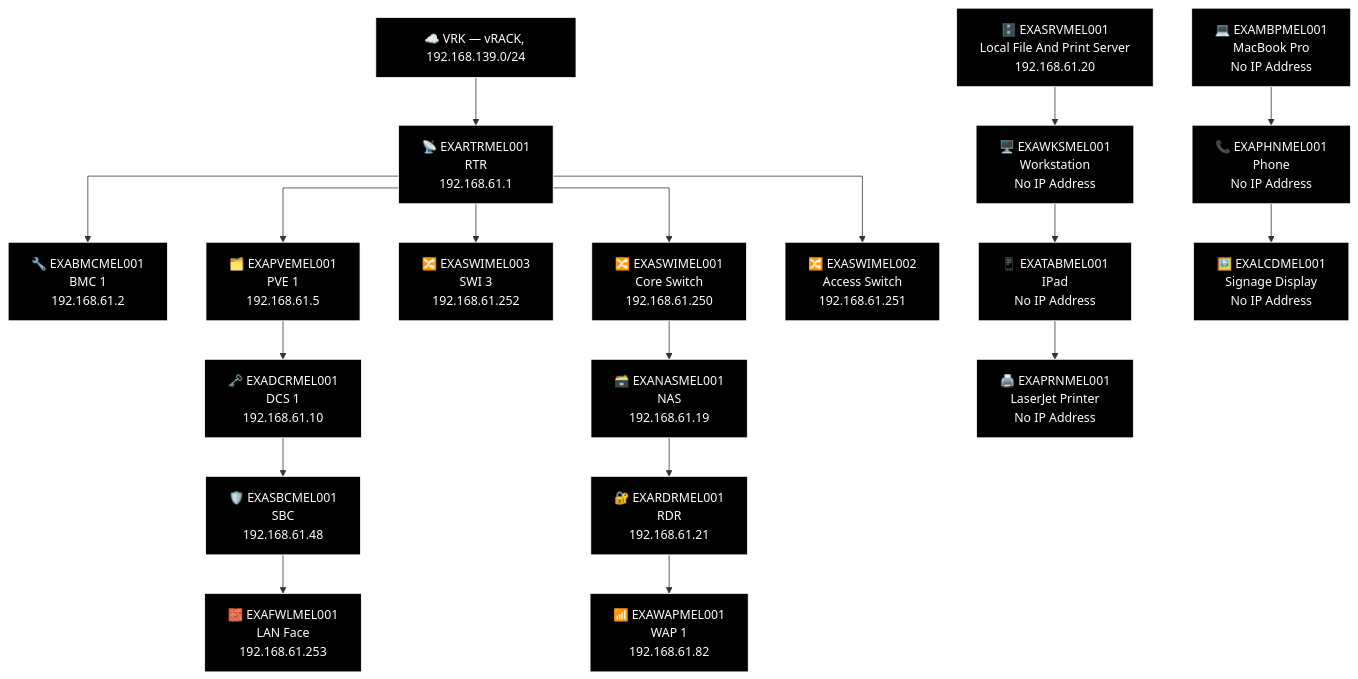
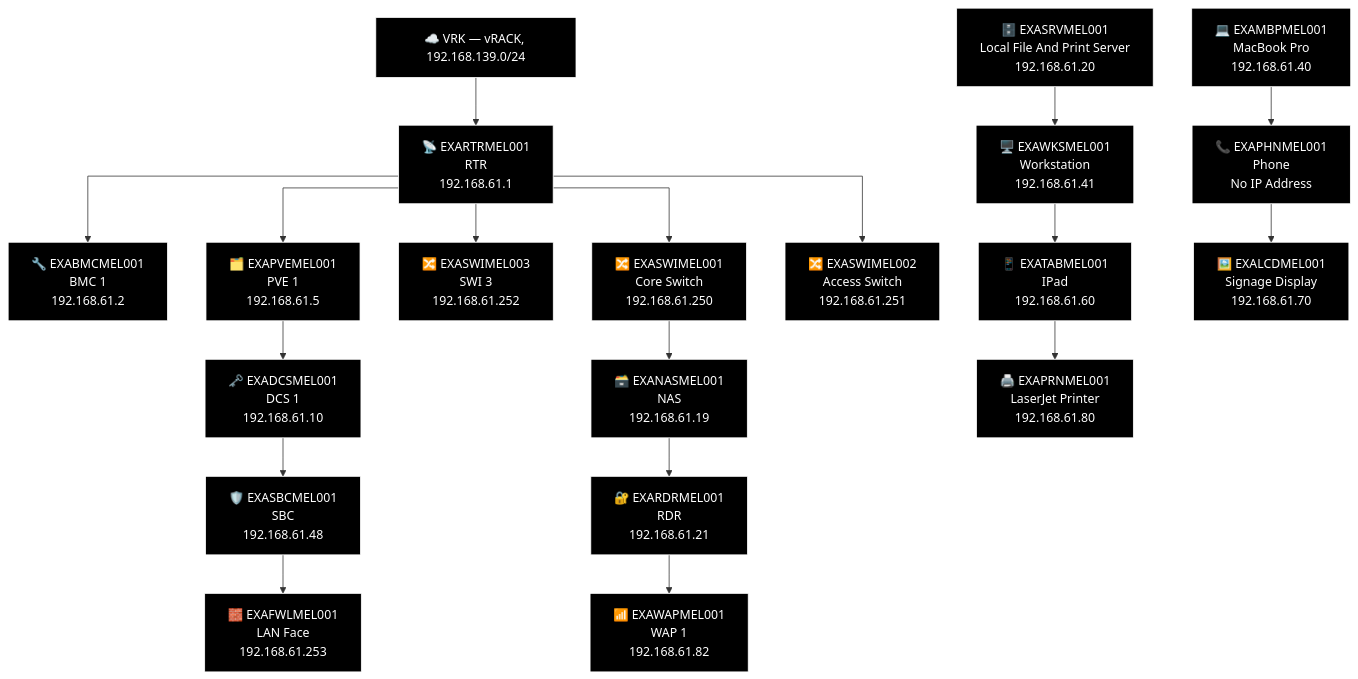
One commit to knightmare2600/example_music_infra changed the sixth of 6 diagrams in docs/network-diagram/australia.md. Above: the diagram before and after it, drawn with Mermaid. The commit also changed other lines of this file and 11 other files, not shown here.

````diff
--- a/docs/network-diagram/australia.md
+++ b/docs/network-diagram/australia.md
@@ -311,56 +311,56 @@
 ```mermaid
 %% GENERATED:TOPOLOGY:MEL:START
 %%{init: {'flowchart': {'curve': 'stepAfter'}}}%%
 graph TD
     T_VRK["☁️ VRK — vRACK, 192.168.139.0/24"]
     T_RTR["📡 EXARTRMEL001<br/>RTR<br/>192.168.61.1"]
     T_VRK --> T_RTR
     T_BMC["🔧 EXABMCMEL001<br/>BMC 1<br/>192.168.61.2"]
     T_RTR --> T_BMC
     T_PVE["🗂️ EXAPVEMEL001<br/>PVE 1<br/>192.168.61.5"]
     T_RTR --> T_PVE
     T_SWI["🔀 EXASWIMEL003<br/>SWI 3<br/>192.168.61.252"]
     T_RTR --> T_SWI
     T_SWI2["🔀 EXASWIMEL001<br/>Core Switch<br/>192.168.61.250"]
     T_RTR --> T_SWI2
     T_SWI3["🔀 EXASWIMEL002<br/>Access Switch<br/>192.168.61.251"]
     T_RTR --> T_SWI3
     T_NAS["🗃️ EXANASMEL001<br/>NAS<br/>192.168.61.19"]
     T_RDR["🔐 EXARDRMEL001<br/>RDR<br/>192.168.61.21"]
     T_WAP["📶 EXAWAPMEL001<br/>WAP 1<br/>192.168.61.82"]
     T_SWI2 --> T_NAS --> T_RDR --> T_WAP
-    T_DCS["🗝️ EXADCRMEL001<br/>DCS 1<br/>192.168.61.10"]
+    T_DCS["🗝️ EXADCSMEL001<br/>DCS 1<br/>192.168.61.10"]
     T_SBC["🛡️ EXASBCMEL001<br/>SBC<br/>192.168.61.48"]
     T_FWL["🧱 EXAFWLMEL001<br/>LAN Face<br/>192.168.61.253"]
     T_PVE --> T_DCS --> T_SBC --> T_FWL
     T_SRV["🗄️ EXASRVMEL001<br/>Local File And Print Server<br/>192.168.61.20"]
-    T_MBP["💻 EXAMBPMEL001<br/>MacBook Pro<br/>No IP Address"]
-    T_WKS["🖥️ EXAWKSMEL001<br/>Workstation<br/>No IP Address"]
+    T_MBP["💻 EXAMBPMEL001<br/>MacBook Pro<br/>192.168.61.40"]
+    T_WKS["🖥️ EXAWKSMEL001<br/>Workstation<br/>192.168.61.41"]
     T_PHN["📞 EXAPHNMEL001<br/>Phone<br/>No IP Address"]
-    T_TAB["📱 EXATABMEL001<br/>IPad<br/>No IP Address"]
-    T_LCD["🖼️ EXALCDMEL001<br/>Signage Display<br/>No IP Address"]
-    T_PRN["🖨️ EXAPRNMEL001<br/>LaserJet Printer<br/>No IP Address"]
+    T_TAB["📱 EXATABMEL001<br/>IPad<br/>192.168.61.60"]
+    T_LCD["🖼️ EXALCDMEL001<br/>Signage Display<br/>192.168.61.70"]
+    T_PRN["🖨️ EXAPRNMEL001<br/>LaserJet Printer<br/>192.168.61.80"]
     T_SRV --> T_WKS --> T_TAB --> T_PRN
     T_MBP --> T_PHN --> T_LCD
     style T_VRK fill:#000000,stroke:#FFFFFF,color:#FFFFFF
     style T_RTR fill:#000000,stroke:#FFFFFF,color:#FFFFFF
     style T_BMC fill:#000000,stroke:#FFFFFF,color:#FFFFFF
     style T_PVE fill:#000000,stroke:#FFFFFF,color:#FFFFFF
     style T_SWI fill:#000000,stroke:#FFFFFF,color:#FFFFFF
     style T_SWI2 fill:#000000,stroke:#FFFFFF,color:#FFFFFF
     style T_SWI3 fill:#000000,stroke:#FFFFFF,color:#FFFFFF
     style T_NAS fill:#000000,stroke:#FFFFFF,color:#FFFFFF
     style T_RDR fill:#000000,stroke:#FFFFFF,color:#FFFFFF
     style T_WAP fill:#000000,stroke:#FFFFFF,color:#FFFFFF
     style T_DCS fill:#000000,stroke:#FFFFFF,color:#FFFFFF
     style T_SBC fill:#000000,stroke:#FFFFFF,color:#FFFFFF
     style T_FWL fill:#000000,stroke:#FFFFFF,color:#FFFFFF
     style T_SRV fill:#000000,stroke:#FFFFFF,color:#FFFFFF
     style T_MBP fill:#000000,stroke:#FFFFFF,color:#FFFFFF
     style T_WKS fill:#000000,stroke:#FFFFFF,color:#FFFFFF
     style T_PHN fill:#000000,stroke:#FFFFFF,color:#FFFFFF
     style T_TAB fill:#000000,stroke:#FFFFFF,color:#FFFFFF
     style T_LCD fill:#000000,stroke:#FFFFFF,color:#FFFFFF
     style T_PRN fill:#000000,stroke:#FFFFFF,color:#FFFFFF
 %% GENERATED:TOPOLOGY:MEL:END
 ```
````
